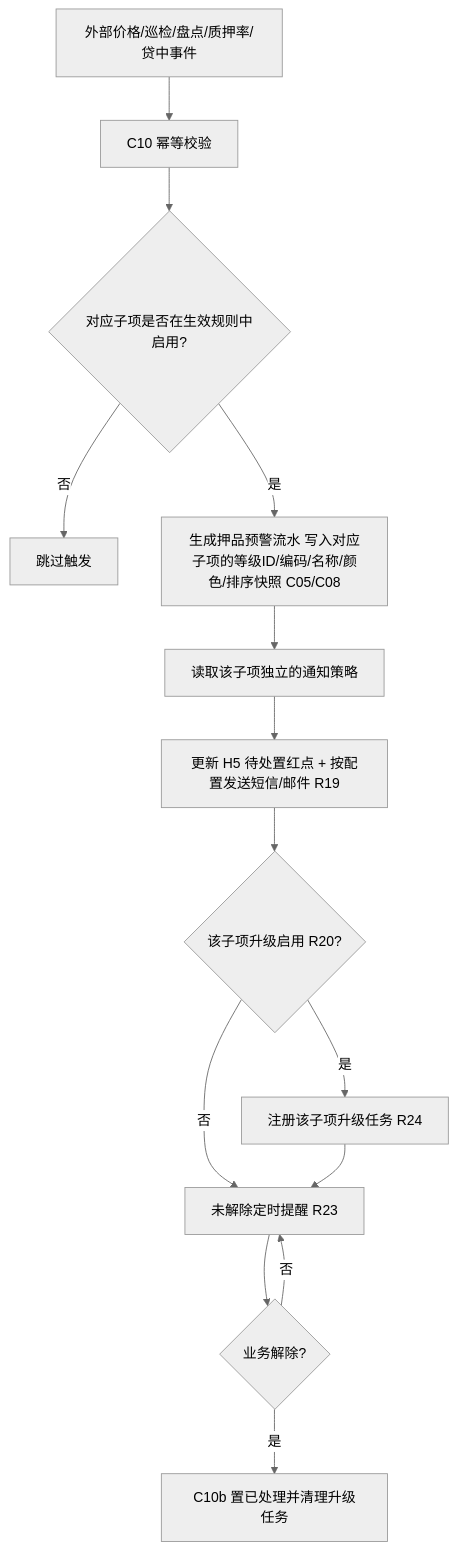
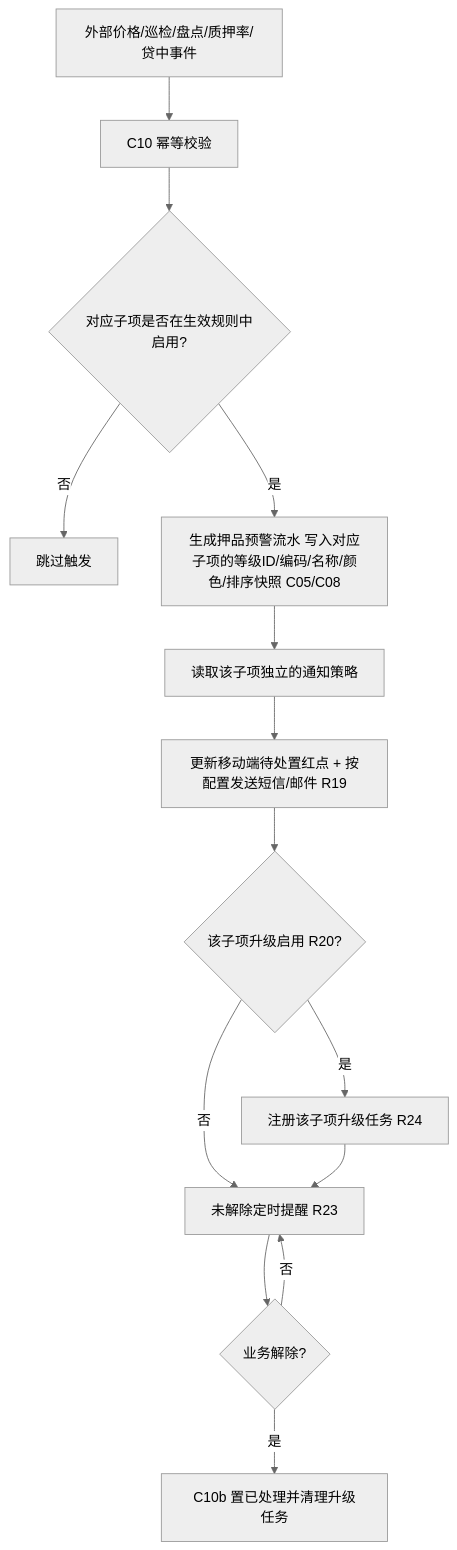
One commit to RobertHuang999/SYZC changed the third of 3 diagrams in 02-PRD文档/B-迭代需求/6.2版本（2026.08）/03-预警配置/03订单预警配置/订单预警配置业务规则规格.md. Above: the diagram before and after it, drawn with Mermaid (neutral theme). The commit also changed other lines of this file and 18 other files, not shown here.

````diff
--- a/02-PRD文档/B-迭代需求/6.2版本（2026.08）/03-预警配置/03订单预警配置/订单预警配置业务规则规格.md
+++ b/02-PRD文档/B-迭代需求/6.2版本（2026.08）/03-预警配置/03订单预警配置/订单预警配置业务规则规格.md
@@ -359,16 +359,16 @@
 ```mermaid
 flowchart TD
     A[外部价格/巡检/盘点/质押率/贷中事件] --> B[C10 幂等校验]
     B --> C{对应子项是否在生效规则中启用?}
     C -- 否 --> C1[跳过触发]
     C -- 是 --> D[生成押品预警流水 写入对应子项的等级ID/编码/名称/颜色/排序快照 C05/C08]
     D --> E[读取该子项独立的通知策略]
-    E --> F[更新 H5 待处置红点 + 按配置发送短信/邮件 R19]
+    E --> F[更新移动端待处置红点 + 按配置发送短信/邮件 R19]
     F --> G{该子项升级启用 R20?}
     G -- 是 --> H[注册该子项升级任务 R24]
     G -- 否 --> I[未解除定时提醒 R23]
     H --> I
     I --> J{业务解除?}
     J -- 是 --> K[C10b 置已处理并清理升级任务]
     J -- 否 --> I
 ```
````
